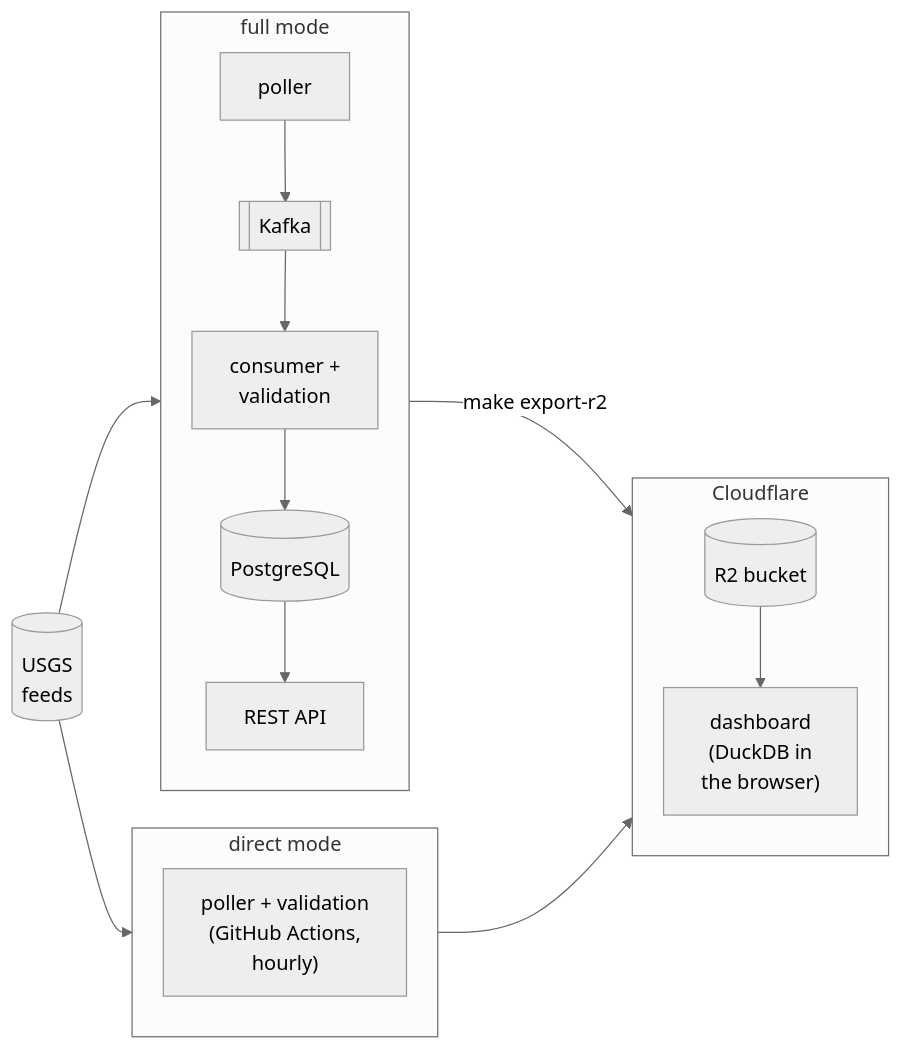
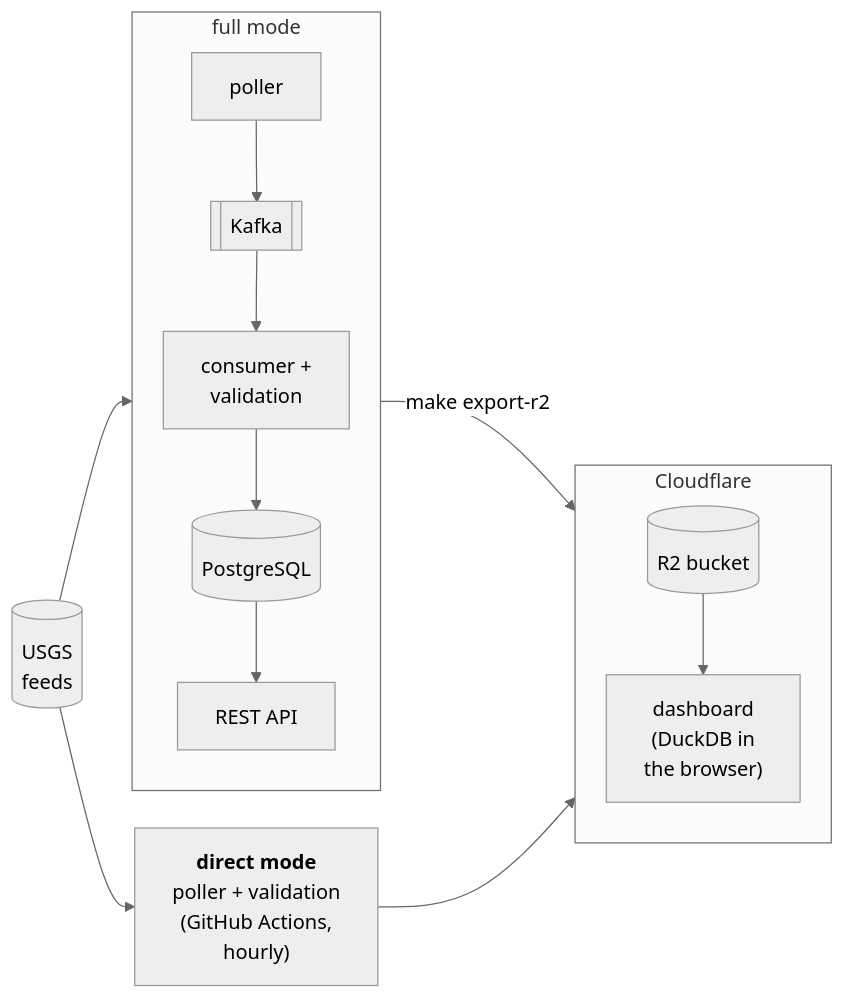
Before and after one commit to dienarvaez1/earth-hub: the first of 2 diagrams in README.md, drawn with Mermaid (neutral theme). The commit also changed 11 other files, not shown here.

````diff
--- a/README.md
+++ b/README.md
@@ -15,22 +15,19 @@
 ```mermaid
 %%{init: {"flowchart": {"rankSpacing": 40, "nodeSpacing": 30}}}%%
 flowchart LR
     usgs[("USGS<br/>feeds")]
     subgraph full["full mode"]
         direction TB
         poller --> kafka[["Kafka"]] --> consumer["consumer +<br/>validation"]
         consumer --> pg[("PostgreSQL")] --> api["REST API"]
     end
-    subgraph directmode["direct mode"]
-        direction TB
-        direct["poller + validation<br/>(GitHub Actions,<br/>hourly)"]
-    end
+    direct["<b>direct mode</b><br/>poller + validation<br/>(GitHub Actions,<br/>hourly)"]
     subgraph cf["Cloudflare"]
         direction TB
         r2[("R2 bucket")] --> dash["dashboard<br/>(DuckDB in<br/>the browser)"]
     end
     usgs --> full
-    usgs --> directmode
+    usgs --> direct
     full -- "make export-r2" --> cf
-    directmode --> cf
+    direct --> cf
 ```
````
